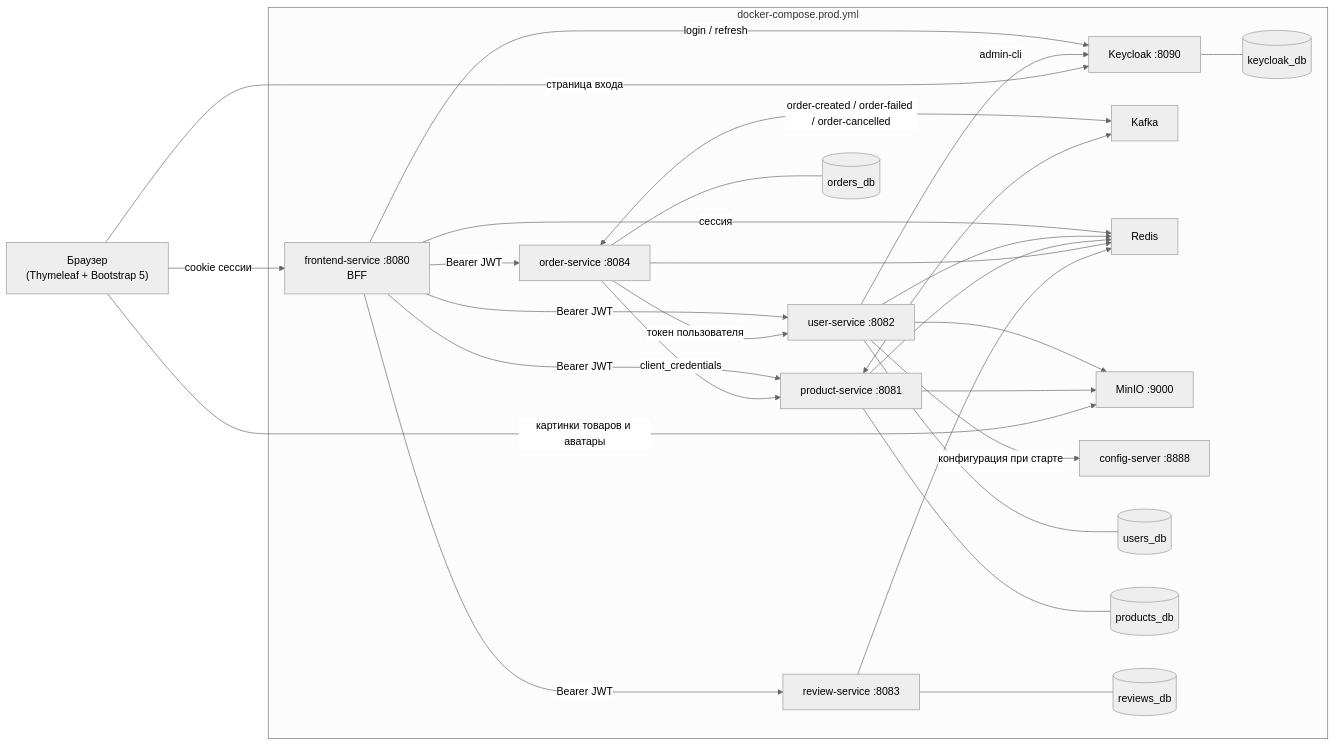
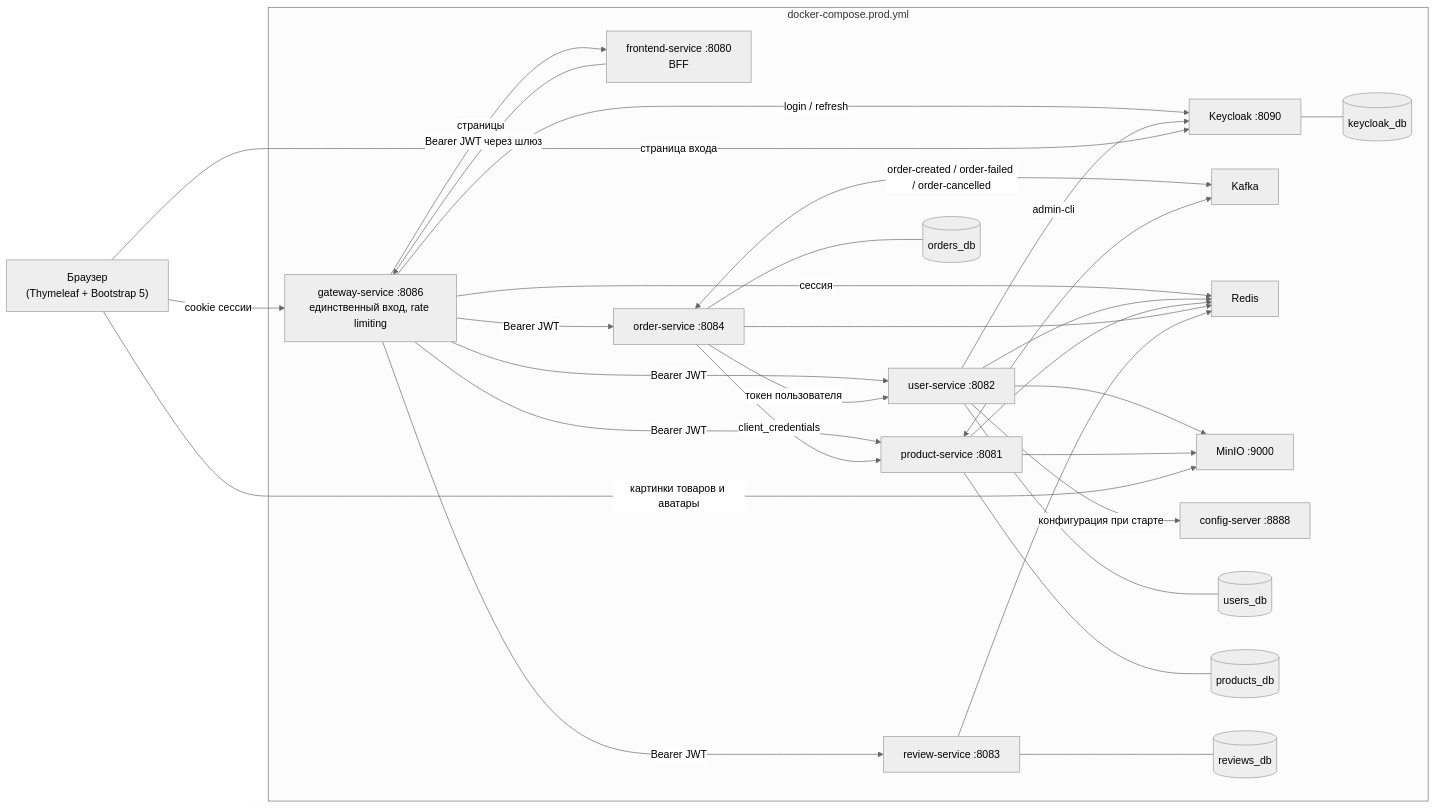
Before and after one commit to cvvexx/Merchly: the first of 3 diagrams in README.md, drawn with Mermaid (neutral theme). The commit also changed other lines of this file, not shown here.

````diff
--- a/README.md
+++ b/README.md
@@ -42,50 +42,54 @@
 ```mermaid
 flowchart LR
-    Browser["Браузер<br/>(Thymeleaf + Bootstrap 5)"] -->|"cookie сессии"| FE
+    Browser["Браузер<br/>(Thymeleaf + Bootstrap 5)"] -->|"cookie сессии"| GW
 
     subgraph Compose["docker-compose.prod.yml"]
+        GW["gateway-service :8086<br/>единственный вход, rate limiting"]
         FE["frontend-service :8080<br/>BFF"]
         US["user-service :8082"]
         PS["product-service :8081"]
         OS["order-service :8084"]
         RS["review-service :8083"]
         KC["Keycloak :8090"]
         KAFKA["Kafka"]
         REDIS["Redis"]
         MINIO["MinIO :9000"]
 
-        FE -->|"Bearer JWT"| US
-        FE -->|"Bearer JWT"| PS
-        FE -->|"Bearer JWT"| OS
-        FE -->|"Bearer JWT"| RS
-        FE -->|"сессия"| REDIS
-        FE -->|"login / refresh"| KC
+        GW -->|"страницы"| FE
+        GW -->|"Bearer JWT"| US
+        GW -->|"Bearer JWT"| PS
+        GW -->|"Bearer JWT"| OS
+        GW -->|"Bearer JWT"| RS
+        GW -->|"сессия"| REDIS
+        GW -->|"login / refresh"| KC
+
+        FE -->|"Bearer JWT через шлюз"| GW
 
         OS -->|"client_credentials"| PS
         OS -->|"токен пользователя"| US
         OS <-->|"order-created / order-failed / order-cancelled"| KAFKA
         PS <--> KAFKA
 
         US --> REDIS
         PS --> REDIS
         OS --> REDIS
         RS --> REDIS
 
         US --> MINIO
         PS --> MINIO
 
         US -->|"admin-cli"| KC
 
         CS["config-server :8888"]
         US -->|"конфигурация при старте"| CS
 
         US --- USDB[("users_db")]
         PS --- PSDB[("products_db")]
         OS --- OSDB[("orders_db")]
         RS --- RSDB[("reviews_db")]
         KC --- KCDB[("keycloak_db")]
     end
 
     Browser -->|"картинки товаров и аватары"| MINIO
     Browser -->|"страница входа"| KC
 ```
````
